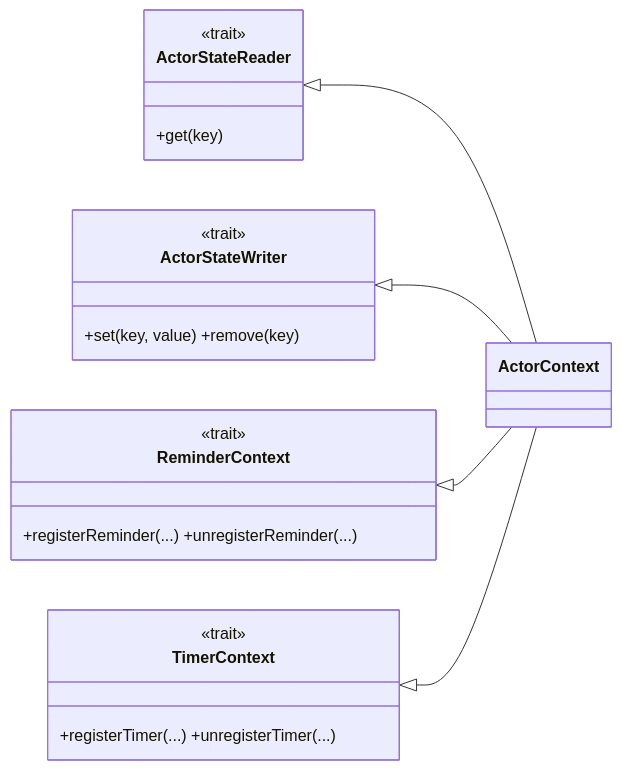
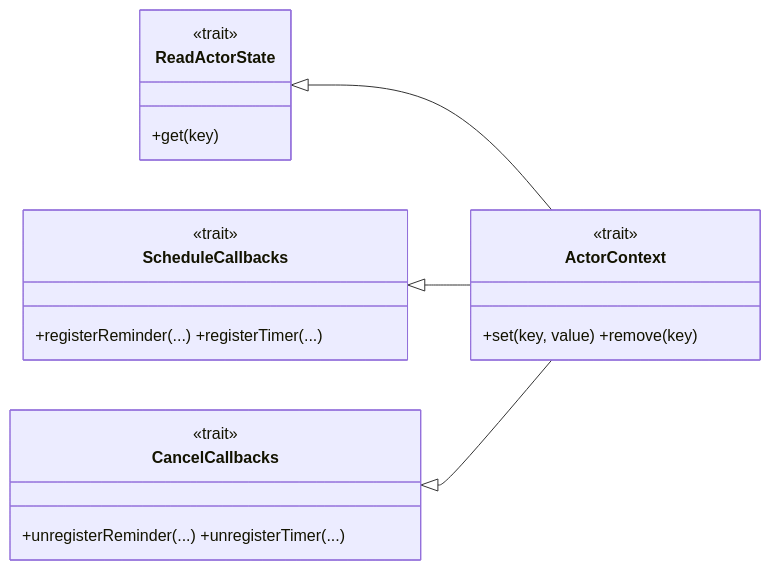
Before and after one commit to sideeffffect/dapr4s: diagram 34 of 36 in docs/CAPABILITY-SPLITS.md, drawn with Mermaid. The commit also changed other lines of this file, not shown here.

````diff
--- a/docs/CAPABILITY-SPLITS.md
+++ b/docs/CAPABILITY-SPLITS.md
@@ -720,25 +737,23 @@
 ```mermaid
 classDiagram
     direction LR
-    class ActorStateReader {
+    class ReadActorState {
         <<trait>>
         +get(key)
     }
-    class ActorStateWriter {
+    class ScheduleCallbacks {
+        <<trait>>
+        +registerReminder(...) +registerTimer(...)
+    }
+    class CancelCallbacks {
+        <<trait>>
+        +unregisterReminder(...) +unregisterTimer(...)
+    }
+    class ActorContext {
         <<trait>>
         +set(key, value) +remove(key)
     }
-    class ReminderContext {
-        <<trait>>
-        +registerReminder(...) +unregisterReminder(...)
-    }
-    class TimerContext {
-        <<trait>>
-        +registerTimer(...) +unregisterTimer(...)
-    }
-    class ActorContext
-    ActorStateReader <|-- ActorContext
-    ActorStateWriter <|-- ActorContext
-    ReminderContext <|-- ActorContext
-    TimerContext <|-- ActorContext
+    ReadActorState <|-- ActorContext
+    ScheduleCallbacks <|-- ActorContext
+    CancelCallbacks <|-- ActorContext
 ```
````
